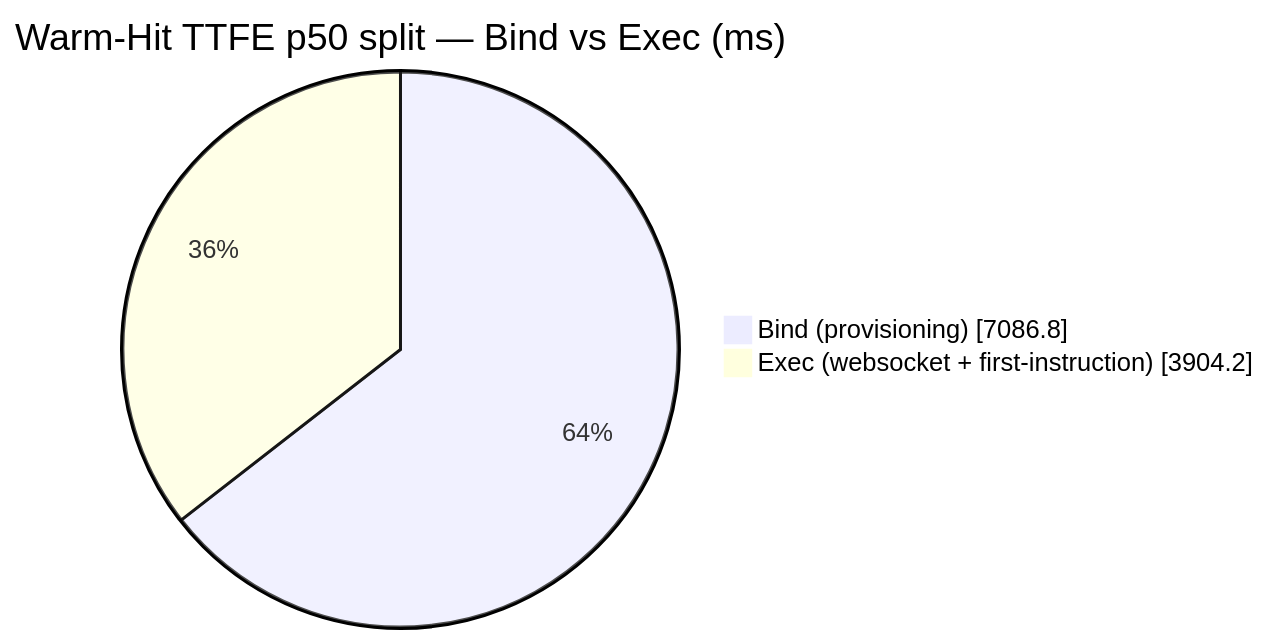
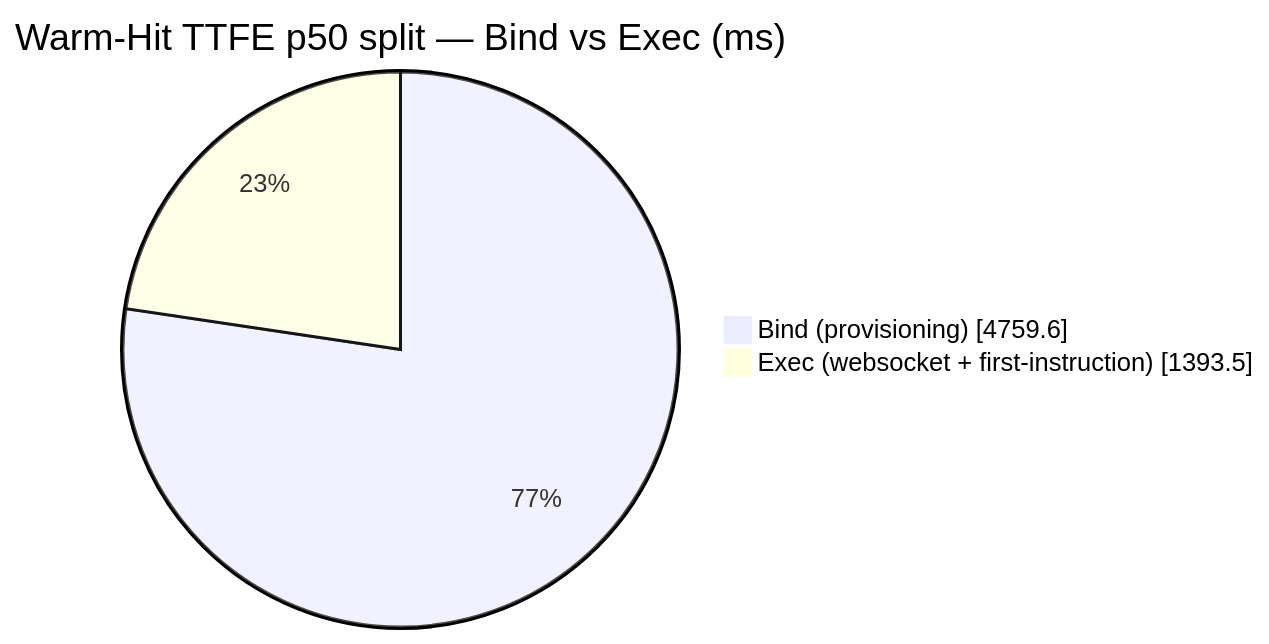
One commit to AlexBulankou/honest-bench changed the diagram in DETAILS.md. Above: the diagram before and after it, drawn with Mermaid. The commit also changed other lines of this file and 4 other files, not shown here.

````diff
--- a/DETAILS.md
+++ b/DETAILS.md
@@ -87,6 +88,6 @@
 ```mermaid
 pie showData
     title Warm-Hit TTFE p50 split — Bind vs Exec (ms)
-    "Bind (provisioning)" : 7086.8
-    "Exec (websocket + first-instruction)" : 3904.2
+    "Bind (provisioning)" : 4759.6
+    "Exec (websocket + first-instruction)" : 1393.5
 ```
````
